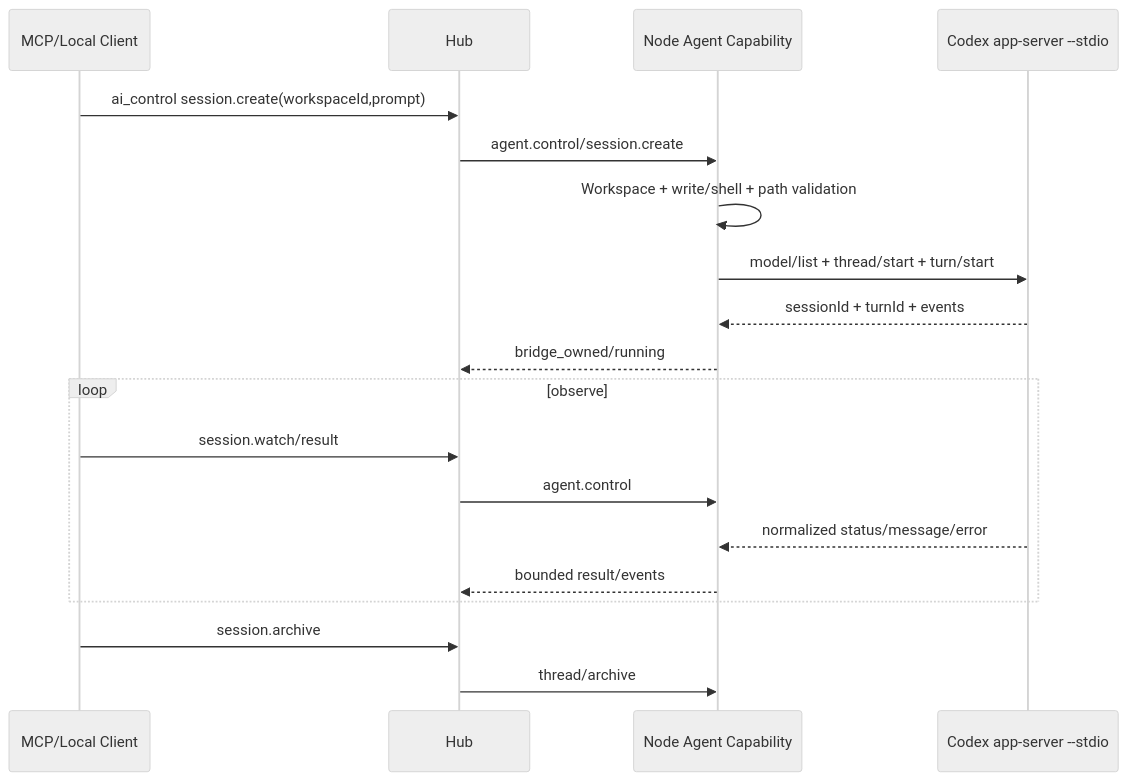
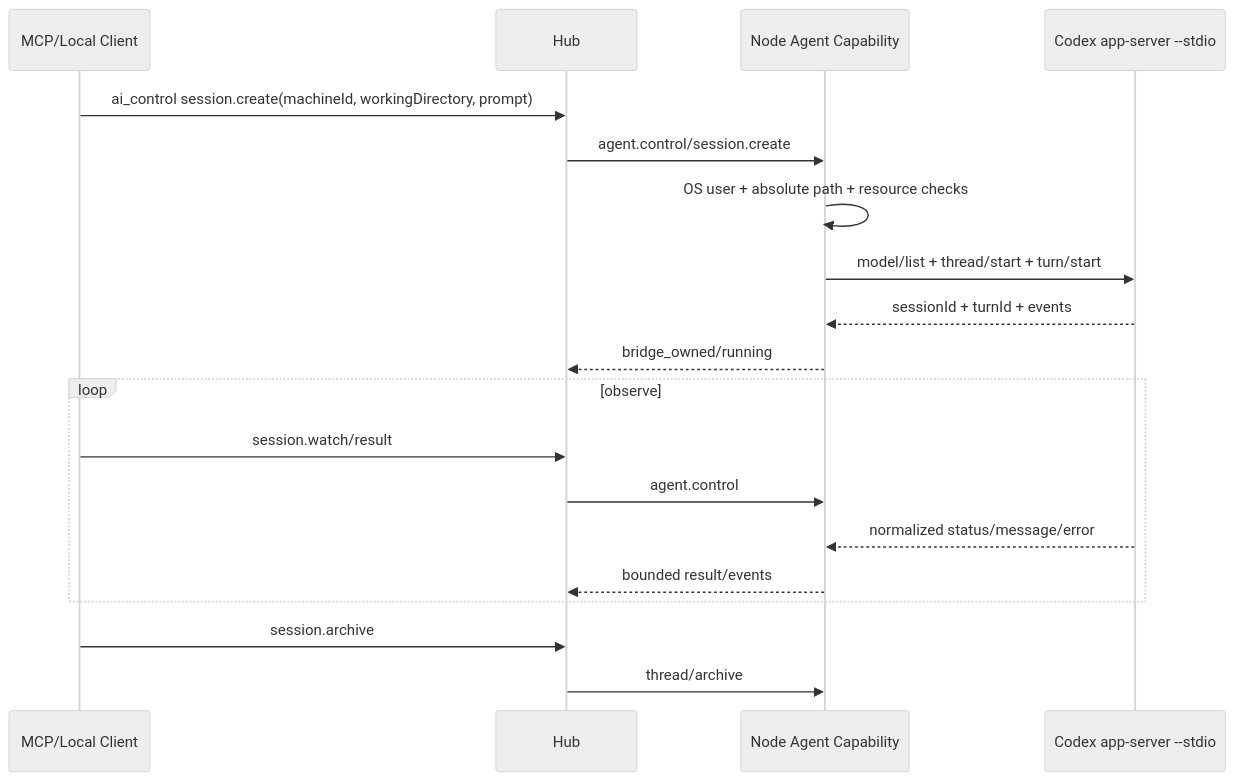
One commit to isguang2024/fast-spider changed the diagram in docs/11-local-bridge-and-ai-control.md. Above: the diagram before and after it, drawn with Mermaid (neutral theme). The commit also changed other lines of this file and 74 other files, not shown here.

````diff
--- a/docs/11-local-bridge-and-ai-control.md
+++ b/docs/11-local-bridge-and-ai-control.md
@@ -198,22 +144,22 @@
 ```mermaid
 sequenceDiagram
     participant C as MCP/Local Client
     participant H as Hub
     participant N as Node Agent Capability
     participant A as Codex app-server --stdio
 
-    C->>H: ai_control session.create(workspaceId,prompt)
+    C->>H: ai_control session.create(machineId, workingDirectory, prompt)
     H->>N: agent.control/session.create
-    N->>N: Workspace + write/shell + path validation
+    N->>N: OS user + absolute path + resource checks
     N->>A: model/list + thread/start + turn/start
     A-->>N: sessionId + turnId + events
     N-->>H: bridge_owned/running
     loop observe
       C->>H: session.watch/result
       H->>N: agent.control
       A-->>N: normalized status/message/error
       N-->>H: bounded result/events
     end
     C->>H: session.archive
     H->>N: thread/archive
 ```
````
